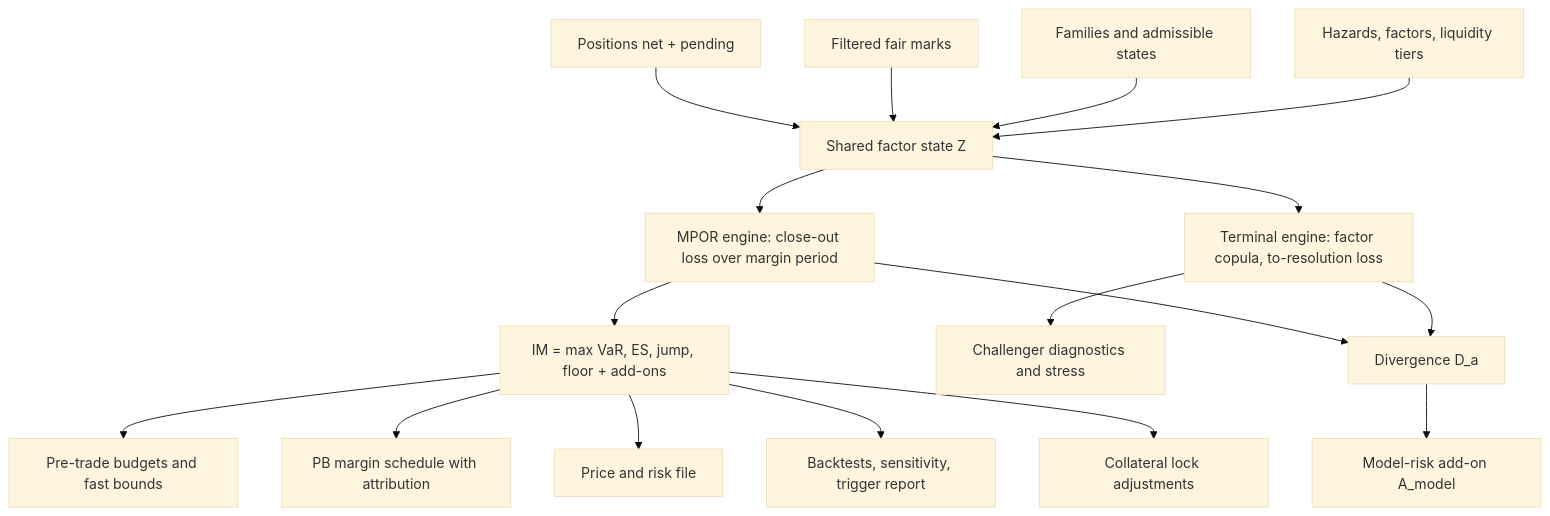
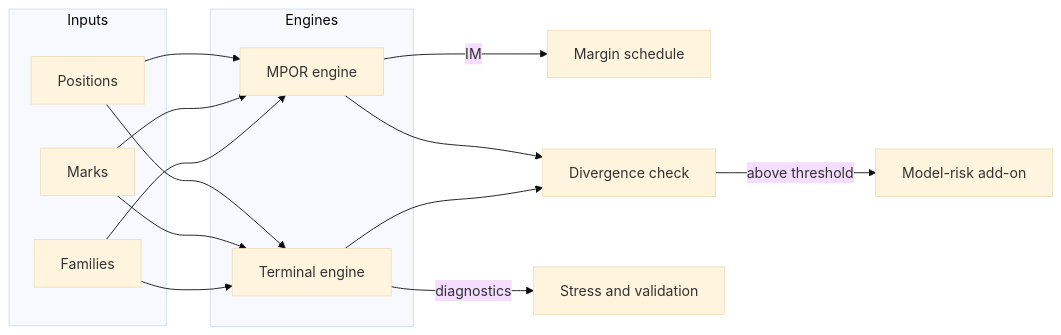
Before and after one commit to LevonDerma1221/swans-docs: the third of 8 diagrams in docs/diagrams.md, drawn with Mermaid (base theme). The commit also changed other lines of this file and 31 other files, not shown here.

````diff
--- a/docs/diagrams.md
+++ b/docs/diagrams.md
@@ -82,19 +62,26 @@
 ```mermaid
-flowchart TB
-  IN1[Positions net + pending] --> SHARED[Shared factor state Z]
-  IN2[Filtered fair marks] --> SHARED
-  IN3[Families and admissible states] --> SHARED
-  IN4[Hazards, factors, liquidity tiers] --> SHARED
-  SHARED --> MPOR[MPOR engine: close-out loss over margin period]
-  SHARED --> TERM[Terminal engine: factor copula, to-resolution loss]
-  MPOR --> IM[IM = max VaR, ES, jump, floor + add-ons]
-  TERM --> DIAG[Challenger diagnostics and stress]
-  MPOR --> DIV[Divergence D_a]
-  TERM --> DIV
-  DIV --> AMOD[Model-risk add-on A_model]
-  IM --> O1[Pre-trade budgets and fast bounds]
-  IM --> O2[PB margin schedule with attribution]
-  IM --> O3[Price and risk file]
-  IM --> O4[Backtests, sensitivity, trigger report]
-  IM --> O5[Collateral lock adjustments]
+flowchart LR
+  subgraph Inputs
+    POS[Positions]
+    MK[Marks]
+    FAM[Families]
+  end
+
+  subgraph Engines
+    MPOR[MPOR engine]
+    TERM[Terminal engine]
+  end
+
+  POS --> MPOR
+  POS --> TERM
+  MK --> MPOR
+  MK --> TERM
+  FAM --> MPOR
+  FAM --> TERM
+
+  MPOR -->|IM| OUT[Margin schedule]
+  MPOR --> DIV
+  TERM --> DIV[Divergence check]
+  TERM -->|diagnostics| STRESS[Stress and validation]
+  DIV -->|above threshold| AMOD[Model-risk add-on]
 ```
````
